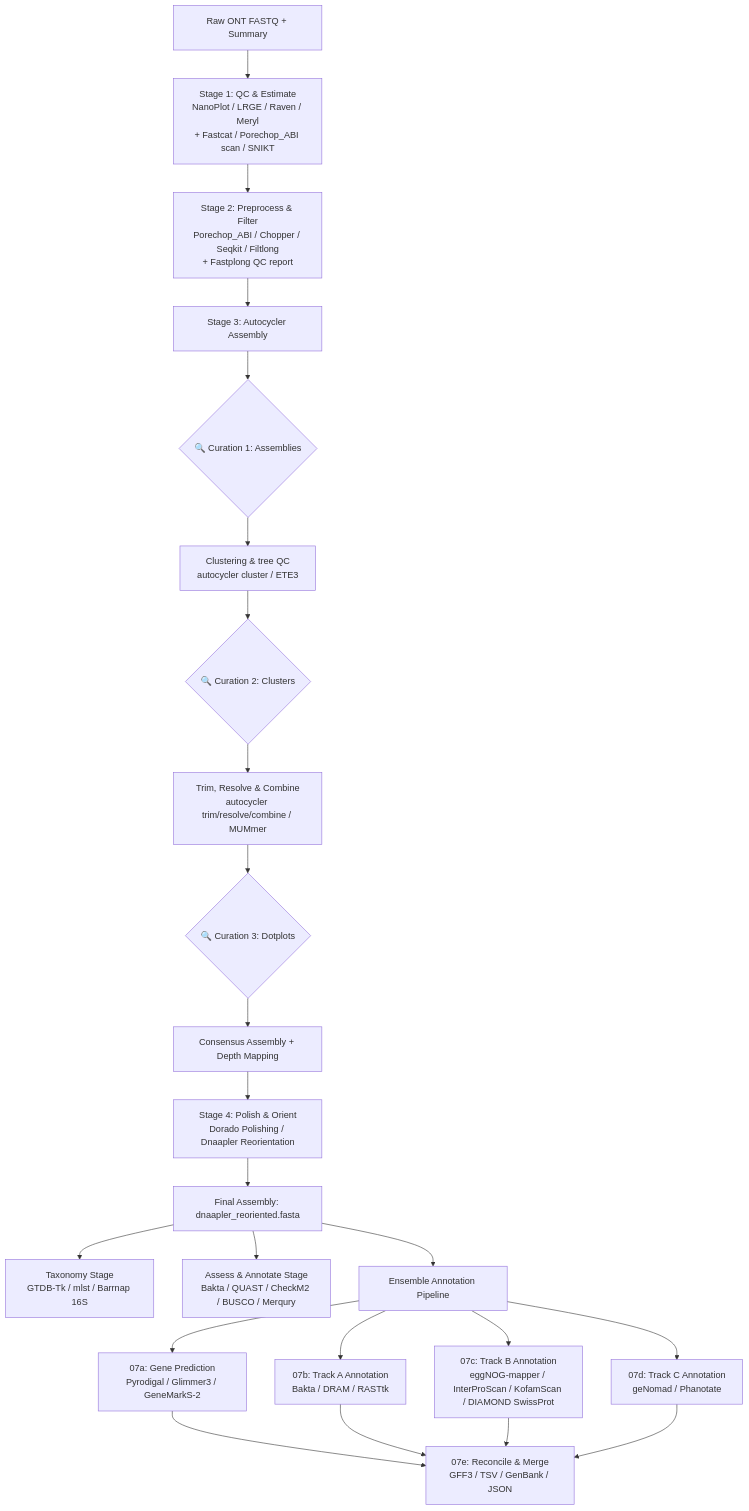
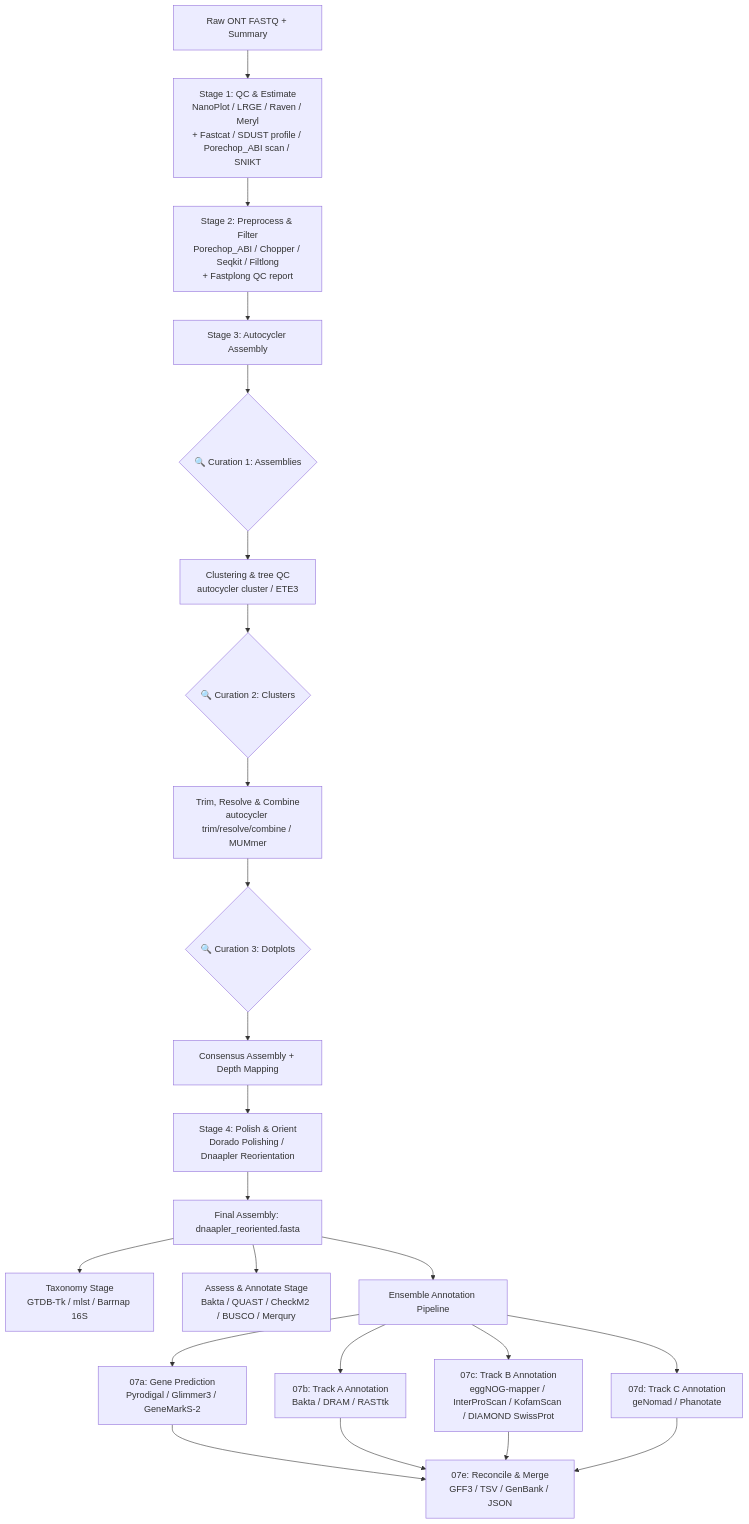
Before and after one commit to WhyAdr/ProkaryONT: the diagram in README.md, drawn with Mermaid. The commit also changed other lines of this file and 6 other files, not shown here.

Commit message:
feat: add Fastcat SDUST assessment

````diff
--- a/README.md
+++ b/README.md
@@ -13,24 +13,24 @@
 ```mermaid
 graph TD
-    A[Raw ONT FASTQ + Summary] --> Stage1[Stage 1: QC & Estimate<br/>NanoPlot / LRGE / Raven / Meryl<br/>+ Fastcat / Porechop_ABI scan / SNIKT]
+    A[Raw ONT FASTQ + Summary] --> Stage1[Stage 1: QC & Estimate<br/>NanoPlot / LRGE / Raven / Meryl<br/>+ Fastcat / SDUST profile / Porechop_ABI scan / SNIKT]
     Stage1 --> Stage2[Stage 2: Preprocess & Filter<br/>Porechop_ABI / Chopper / Seqkit / Filtlong<br/>+ Fastplong QC report]
     Stage2 --> Stage3[Stage 3: Autocycler Assembly]
     Stage3 --> C1{"🔍 Curation 1: Assemblies"}
     C1 --> Stage2b[Clustering & tree QC<br/>autocycler cluster / ETE3]
     Stage2b --> C2{"🔍 Curation 2: Clusters"}
     C2 --> Stage2c[Trim, Resolve & Combine<br/>autocycler trim/resolve/combine / MUMmer]
     Stage2c --> C3{"🔍 Curation 3: Dotplots"}
     C3 --> Stage2d[Consensus Assembly + Depth Mapping]
     Stage2d --> Stage4[Stage 4: Polish & Orient<br/>Dorado Polishing / Dnaapler Reorientation]
     Stage4 --> FinalAssembly[Final Assembly: dnaapler_reoriented.fasta]
     
     FinalAssembly --> TaxStage[Taxonomy Stage<br/>GTDB-Tk / mlst / Barrnap 16S]
     FinalAssembly --> AssessStage[Assess & Annotate Stage<br/>Bakta / QUAST / CheckM2 / BUSCO / Merqury]
     
     FinalAssembly --> EnsembleStage[Ensemble Annotation Pipeline]
     EnsembleStage --> 07a[07a: Gene Prediction<br/>Pyrodigal / Glimmer3 / GeneMarkS-2]
     EnsembleStage --> 07b[07b: Track A Annotation<br/>Bakta / DRAM / RASTtk]
     EnsembleStage --> 07c[07c: Track B Annotation<br/>eggNOG-mapper / InterProScan / KofamScan / DIAMOND SwissProt]
     EnsembleStage --> 07d[07d: Track C Annotation<br/>geNomad / Phanotate]
     07a & 07b & 07c & 07d --> 07e[07e: Reconcile & Merge<br/>GFF3 / TSV / GenBank / JSON]
 ```
````
